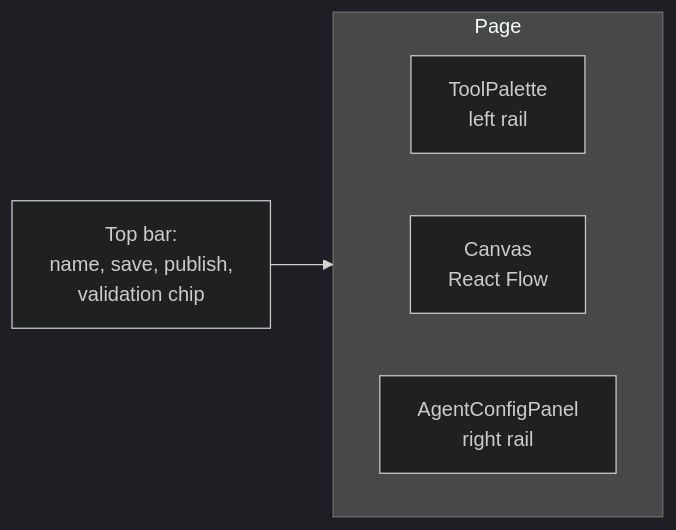
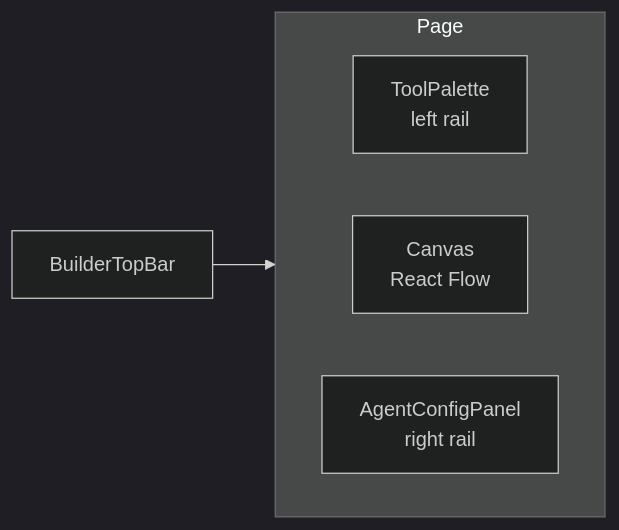
The first of 3 diagrams in docs/05-ui/01-builder-canvas.md (sarkar4777/abenix), drawn with Mermaid (dark theme) before and after one commit. The commit also changed other lines of this file and 288 other files, not shown here.

````diff
--- a/docs/05-ui/01-builder-canvas.md
+++ b/docs/05-ui/01-builder-canvas.md
@@ -22,10 +41,10 @@
 ```mermaid
 flowchart LR
   subgraph Page
     direction LR
     LP[ToolPalette<br/>left rail]
     C[Canvas<br/>React Flow]
     RP[AgentConfigPanel<br/>right rail]
   end
-  TB[Top bar:<br/>name, save, publish,<br/>validation chip] --> Page
+  TB[BuilderTopBar] --> Page
 ```
````
